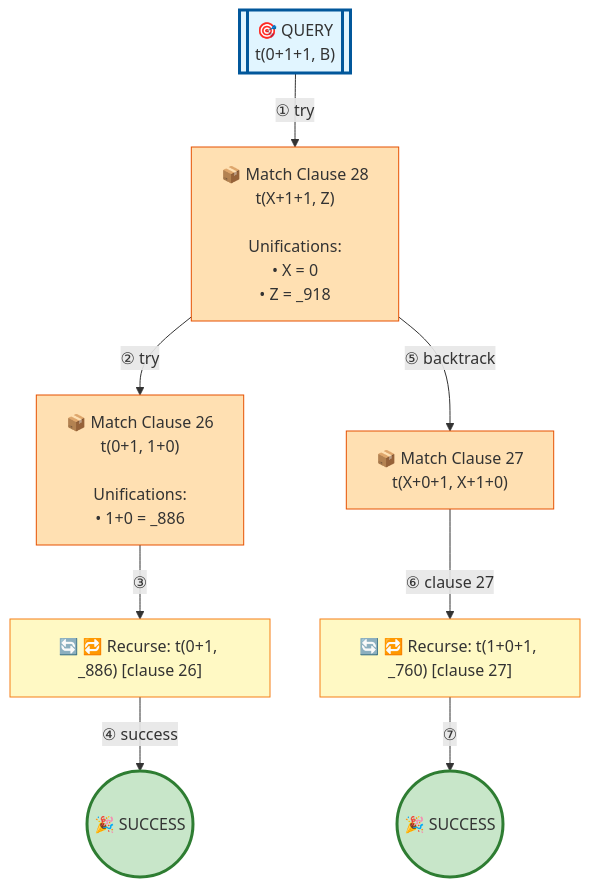
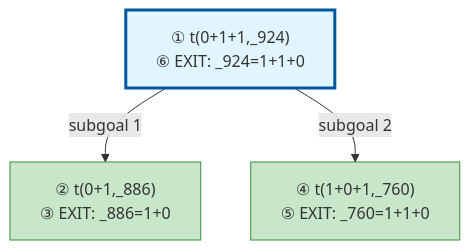
Before and after one commit to jarecsni/prolog-trace-viz: the diagram in examples/3_3_operators-output.md, drawn with Mermaid. The commit also changed other lines of this file and 24 other files, not shown here.

````diff
--- a/examples/3_3_operators-output.md
+++ b/examples/3_3_operators-output.md
@@ -19,32 +78,17 @@
 ```mermaid
 graph TD
 
 %% Nodes
-A[["🎯 QUERY<br/>t(0+1+1, B)"]]
-B["📦 Match Clause 28<br/>t(X+1+1, Z)<br/><br/>Unifications:<br/>• X = 0<br/>• Z = _918"]
-C["🔄 🔁 Recurse: t(0+1, _886) [clause 26]"]
-D["📦 Match Clause 26<br/>t(0+1, 1+0)<br/><br/>Unifications:<br/>• 1+0 = _886"]
-E(("🎉 SUCCESS"))
-F["📦 Match Clause 27<br/>t(X+0+1, X+1+0)"]
-G["🔄 🔁 Recurse: t(1+0+1, _760) [clause 27]"]
-H(("🎉 SUCCESS"))
+A["① t(0+1+1,_924)<br/>⑥ EXIT: _924=1+1+0"]
+B["② t(0+1,_886)<br/>③ EXIT: _886=1+0"]
+C["④ t(1+0+1,_760)<br/>⑤ EXIT: _760=1+1+0"]
 
 %% Edges
-A -->|"① try"| B
-B -->|"② try"| D
-D -->|"③"| C
-C -->|"④ success"| E
-B -->|"⑤ backtrack"| F
-F -->|"⑥ clause 27"| G
-G -->|"⑦"| H
+A -->|"subgoal 1"| B
+A -->|"subgoal 2"| C
 
 %% Styles
 style A fill:#e1f5ff,stroke:#01579b,stroke-width:3px
-style B fill:#ffe0b2,stroke:#e65100
-style C fill:#fff9c4,stroke:#f57f17
-style D fill:#ffe0b2,stroke:#e65100
-style E fill:#c8e6c9,stroke:#2e7d32,stroke-width:3px
-style F fill:#ffe0b2,stroke:#e65100
-style G fill:#fff9c4,stroke:#f57f17
-style H fill:#c8e6c9,stroke:#2e7d32,stroke-width:3px
+style B fill:#c8e6c9,stroke:#388e3c
+style C fill:#c8e6c9,stroke:#388e3c
 ```
````
